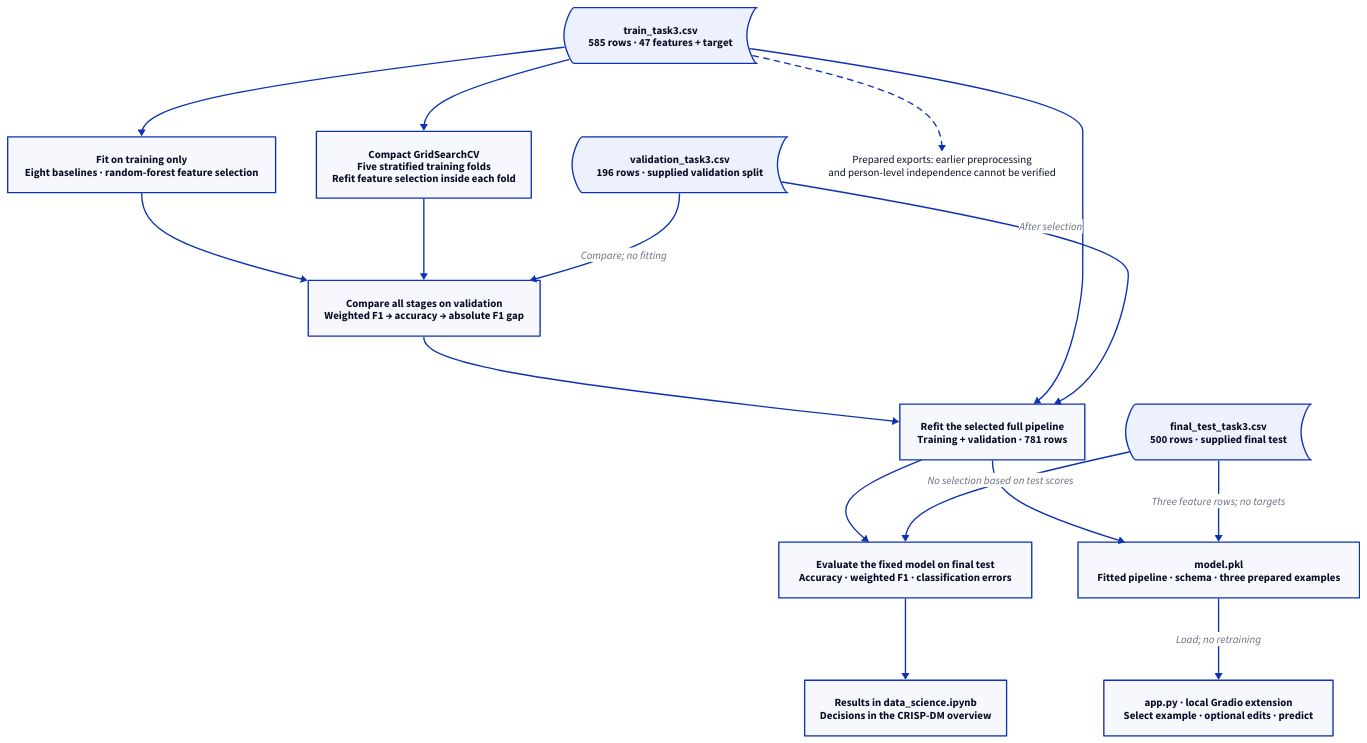
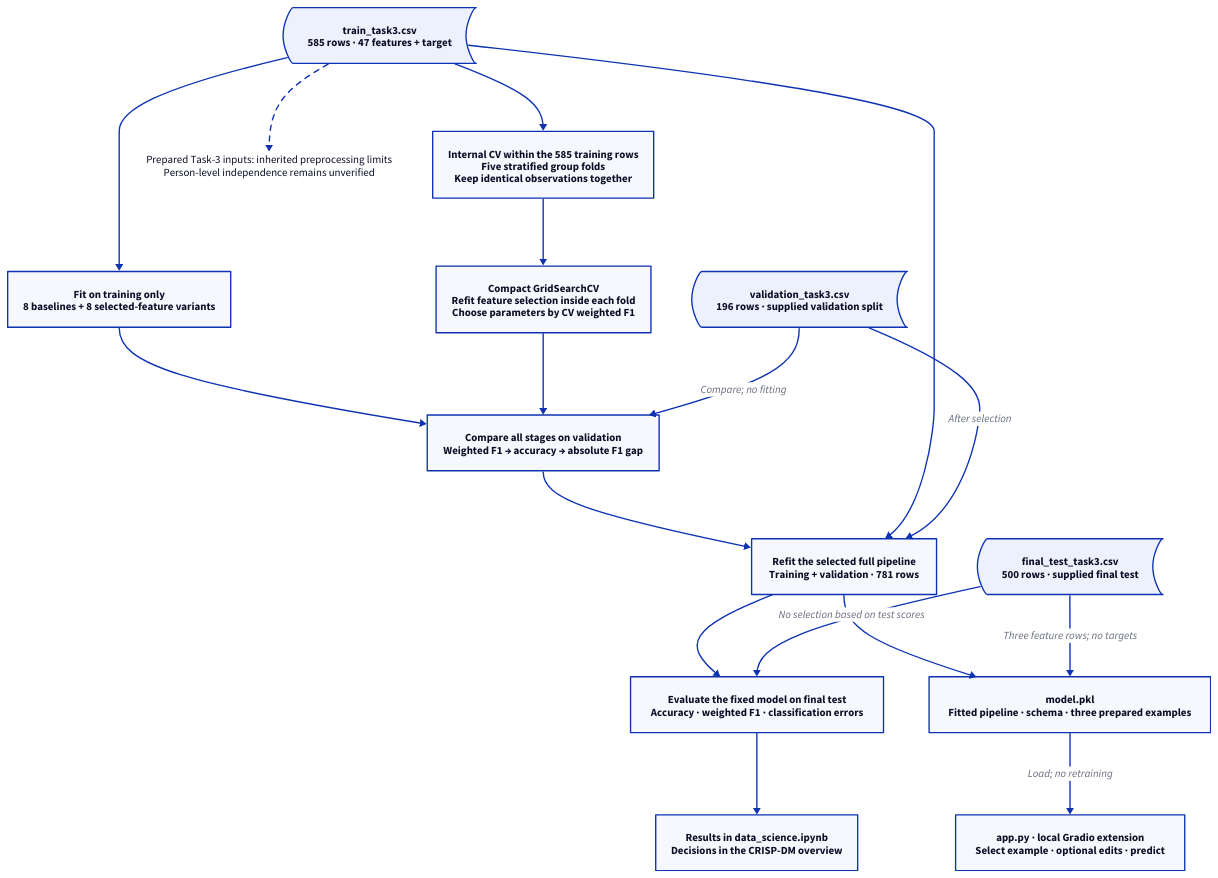
Before and after one commit to crnly/data-science-module-s4: the diagram in docs/architecture.d2, drawn with D2. The commit also changed 8 other files, not shown here.

Commit message:
Explain CRISP-DM decisions and keep duplicate rows together in CV

```diff
--- a/docs/architecture.d2
+++ b/docs/architecture.d2
@@ -1,29 +1,30 @@
 vars: {d2-config: {layout-engine: dagre; theme-id: 0}}
 direction: down
 train: "train_task3.csv\n585 rows · 47 features + target" {shape: stored_data}
 validation: "validation_task3.csv\n196 rows · supplied validation split" {shape: stored_data}
 test: "final_test_task3.csv\n500 rows · supplied final test" {shape: stored_data}
-experiments: "Fit on training only\nEight baselines · random-forest feature selection"
-tuning: "Compact GridSearchCV\nFive stratified training folds\nRefit feature selection inside each fold"
+experiments: "Fit on training only\n8 baselines + 8 selected-feature variants"
+folds: "Internal CV within the 585 training rows\nFive stratified group folds\nKeep identical observations together"
+tuning: "Compact GridSearchCV\nRefit feature selection inside each fold\nChoose parameters by CV weighted F1"
 choose: "Compare all stages on validation\nWeighted F1 → accuracy → absolute F1 gap"
 refit: "Refit the selected full pipeline\nTraining + validation · 781 rows"
 evaluation: "Evaluate the fixed model on final test\nAccuracy · weighted F1 · classification errors"
 results: "Results in data_science.ipynb\nDecisions in the CRISP-DM overview"
 artifact: "model.pkl\nFitted pipeline · schema · three prepared examples"
 app: "app.py · local Gradio extension\nSelect example · optional edits · predict"
 train -> experiments
-train -> tuning
+train -> folds -> tuning
 experiments -> choose
 tuning -> choose
 validation -> choose: "Compare; no fitting"
 choose -> refit
 train -> refit
 validation -> refit: "After selection"
 refit -> evaluation
 test -> evaluation: "No selection based on test scores"
 evaluation -> results
 refit -> artifact
 test -> artifact: "Three feature rows; no targets"
 artifact -> app: "Load; no retraining"
-note: "Prepared exports: earlier preprocessing\nand person-level independence cannot be verified" {shape: text}
+note: "Prepared Task-3 inputs: inherited preprocessing limits\nPerson-level independence remains unverified" {shape: text}
 train -> note {style.stroke-dash: 4}
```
